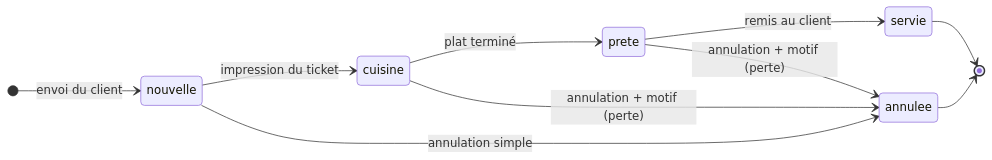
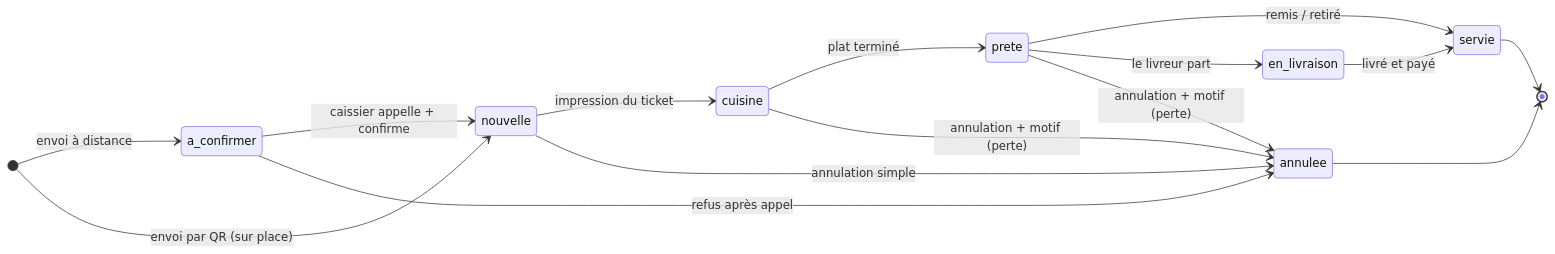
The fifth of 10 diagrams in docs/diagrammes.md (Karimmm06-lb/QResto), drawn with Mermaid before and after one commit. The commit also changed other lines of this file and 3 other files, not shown here.

First line of the commit message:
Documentation alignée sur la commande à distance + rétention D16

````diff
--- a/docs/diagrammes.md
+++ b/docs/diagrammes.md
@@ -164,13 +168,18 @@
 ```mermaid
 stateDiagram-v2
   direction LR
-  [*] --> nouvelle : envoi du client
+  [*] --> a_confirmer : envoi à distance
+  [*] --> nouvelle : envoi par QR (sur place)
+  a_confirmer --> nouvelle : caissier appelle + confirme
+  a_confirmer --> annulee : refus après appel
   nouvelle --> cuisine : impression du ticket
   nouvelle --> annulee : annulation simple
   cuisine --> prete : plat terminé
   cuisine --> annulee : annulation + motif (perte)
-  prete --> servie : remis au client
+  prete --> servie : remis / retiré
+  prete --> en_livraison : le livreur part
+  en_livraison --> servie : livré et payé
   prete --> annulee : annulation + motif (perte)
   servie --> [*]
   annulee --> [*]
 ```
````
